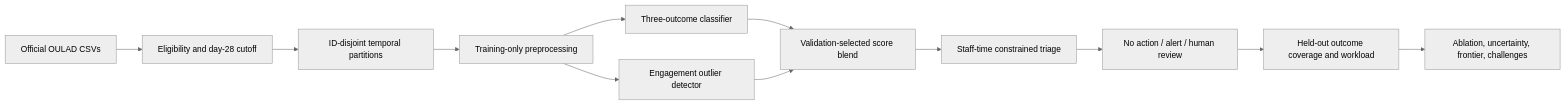
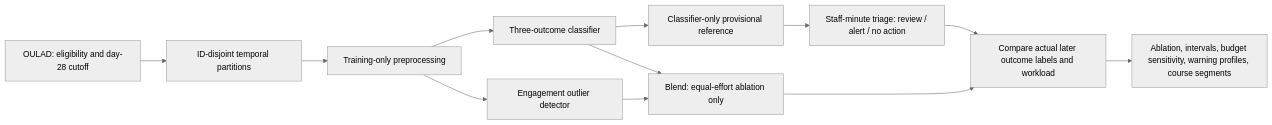
One commit to oj9o/talentroute-learner-support changed the diagram in intermediate/docs/system_diagram.md. Above: the diagram before and after it, drawn with Mermaid (neutral theme). The commit also changed other lines of this file and 10 other files, not shown here.

````diff
--- a/intermediate/docs/system_diagram.md
+++ b/intermediate/docs/system_diagram.md
@@ -3,14 +3,14 @@
 ```mermaid
 flowchart LR
-  A[Official OULAD CSVs] --> B[Eligibility and day-28 cutoff]
-  B --> C[ID-disjoint temporal partitions]
-  C --> D[Training-only preprocessing]
-  D --> E[Three-outcome classifier]
-  D --> F[Engagement outlier detector]
-  E --> G[Validation-selected score blend]
-  F --> G
-  G --> H[Staff-time constrained triage]
-  H --> I[No action / alert / human review]
-  I --> J[Held-out outcome coverage and workload]
-  J --> K[Ablation, uncertainty, frontier, challenges]
+  A[OULAD: eligibility and day-28 cutoff] --> B[ID-disjoint temporal partitions]
+  B --> C[Training-only preprocessing]
+  C --> D[Three-outcome classifier]
+  C --> E[Engagement outlier detector]
+  D --> F[Classifier-only provisional reference]
+  D --> G[Blend: equal-effort ablation only]
+  E --> G
+  F --> H[Staff-minute triage: review / alert / no action]
+  G --> I[Compare actual later outcome labels and workload]
+  H --> I
+  I --> J[Ablation, intervals, budget sensitivity, warning profiles, course segments]
 ```
````
